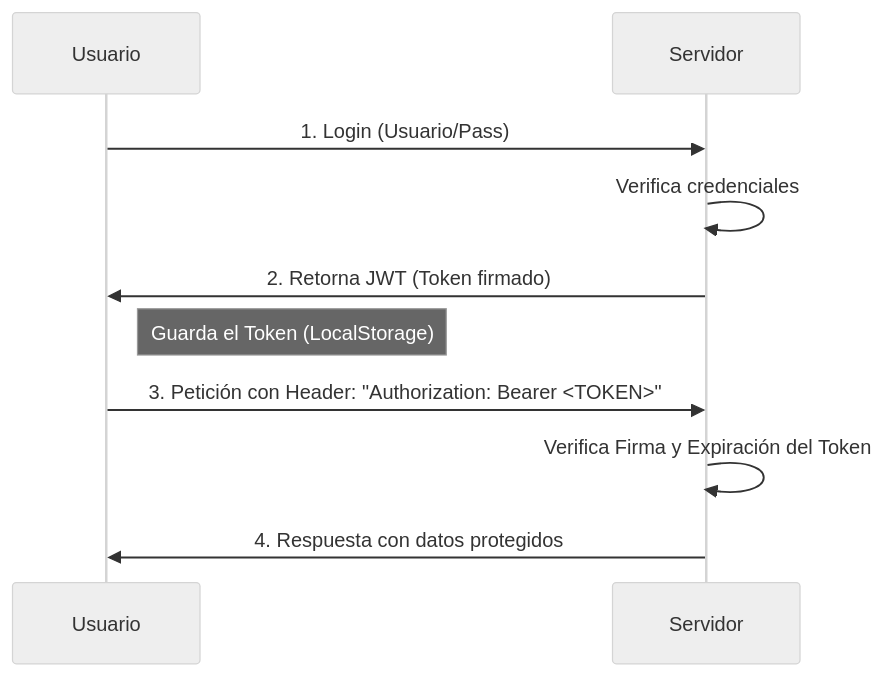
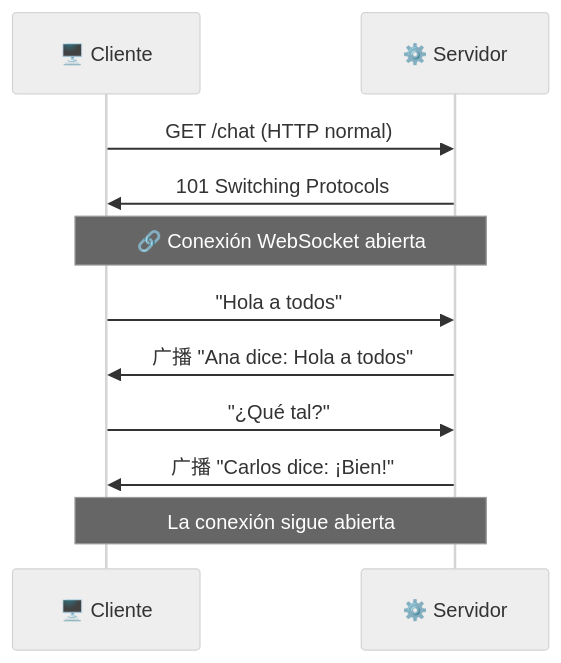
The diagram in 05-servicios-web-apis.md (joseluisgs/DesarrolloWebEntornosServidor-01-2026-2027), drawn with Mermaid (neutral theme) before and after one commit. The commit also changed other lines of this file and 8 other files, not shown here.

````diff
--- a/05-servicios-web-apis.md
+++ b/05-servicios-web-apis.md
@@ -98,14 +169,14 @@
 ```mermaid
 sequenceDiagram
-    participant U as Usuario
-    participant S as Servidor
-    
-    U->>S: 1. Login (Usuario/Pass)
-    S->>S: Verifica credenciales
-    S->>U: 2. Retorna JWT (Token firmado)
-    Note right of U: Guarda el Token (LocalStorage)
-    
-    U->>S: 3. Petición con Header: "Authorization: Bearer <TOKEN>"
-    S->>S: Verifica Firma y Expiración del Token
-    S->>U: 4. Respuesta con datos protegidos
+    participant C as 🖥️ Cliente
+    participant S as ⚙️ Servidor
+
+    C->>S: GET /chat (HTTP normal)
+    S->>C: 101 Switching Protocols
+    Note over C,S: 🔗 Conexión WebSocket abierta
+    C->>S: "Hola a todos"
+    S->>C:广播 "Ana dice: Hola a todos"
+    C->>S: "¿Qué tal?"
+    S->>C:广播 "Carlos dice: ¡Bien!"
+    Note over C,S: La conexión sigue abierta
 ```
````
